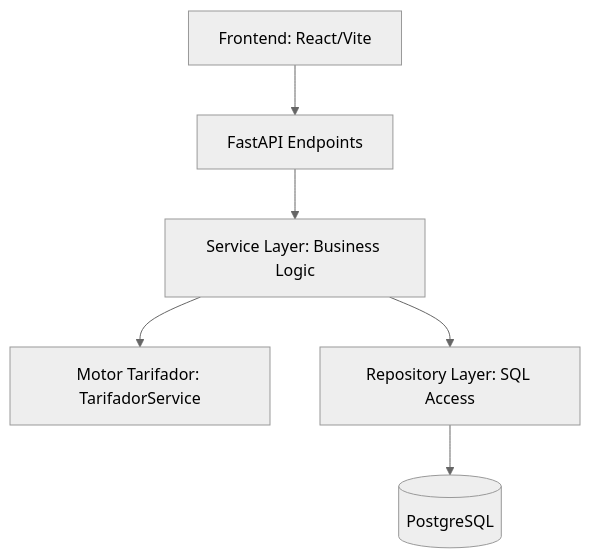
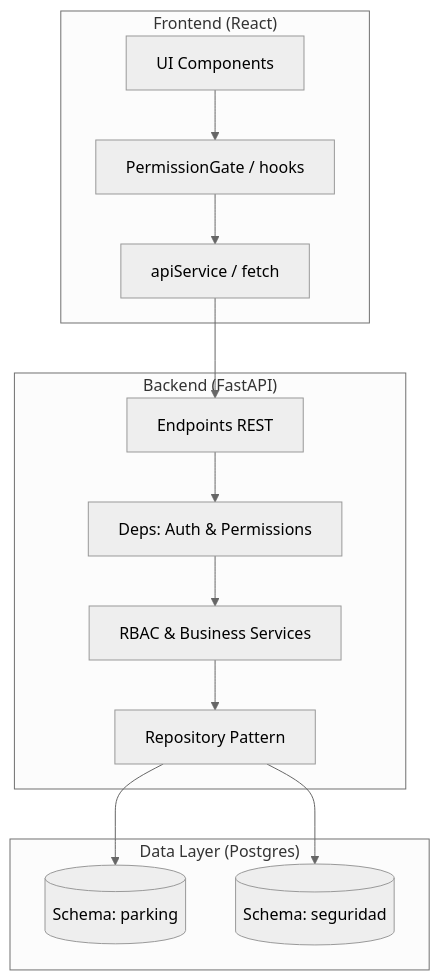
The diagram in docs/arquitectura.md (OscarRuizDiaz/ParkingController), drawn with Mermaid (neutral theme) before and after one commit. The commit also changed other lines of this file and 8 other files, not shown here.

````diff
--- a/docs/arquitectura.md
+++ b/docs/arquitectura.md
@@ -9,8 +9,29 @@
 ```mermaid
 graph TD
-    UI[Frontend: React/Vite] --> API[FastAPI Endpoints]
-    API --> Services[Service Layer: Business Logic]
-    Services --> Tarifador[Motor Tarifador: TarifadorService]
-    Services --> Repos[Repository Layer: SQL Access]
-    Repos --> DB[(PostgreSQL)]
+    subgraph "Frontend (React)"
+        UI[UI Components]
+        AuthGate[PermissionGate / hooks]
+        ApiService[apiService / fetch]
+    end
+
+    subgraph "Backend (FastAPI)"
+        API[Endpoints REST]
+        Deps[Deps: Auth & Permissions]
+        RBACService[RBAC & Business Services]
+        Repos[Repository Pattern]
+    end
+
+    subgraph "Data Layer (Postgres)"
+        PDB[(Schema: parking)]
+        SDB[(Schema: seguridad)]
+    end
+
+    UI --> AuthGate
+    AuthGate --> ApiService
+    ApiService --> API
+    API --> Deps
+    Deps --> RBACService
+    RBACService --> Repos
+    Repos --> PDB
+    Repos --> SDB
 ```
````
